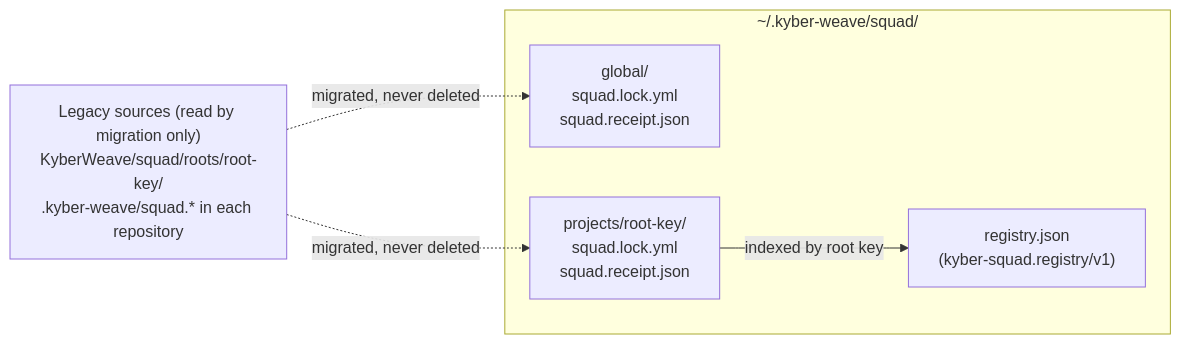
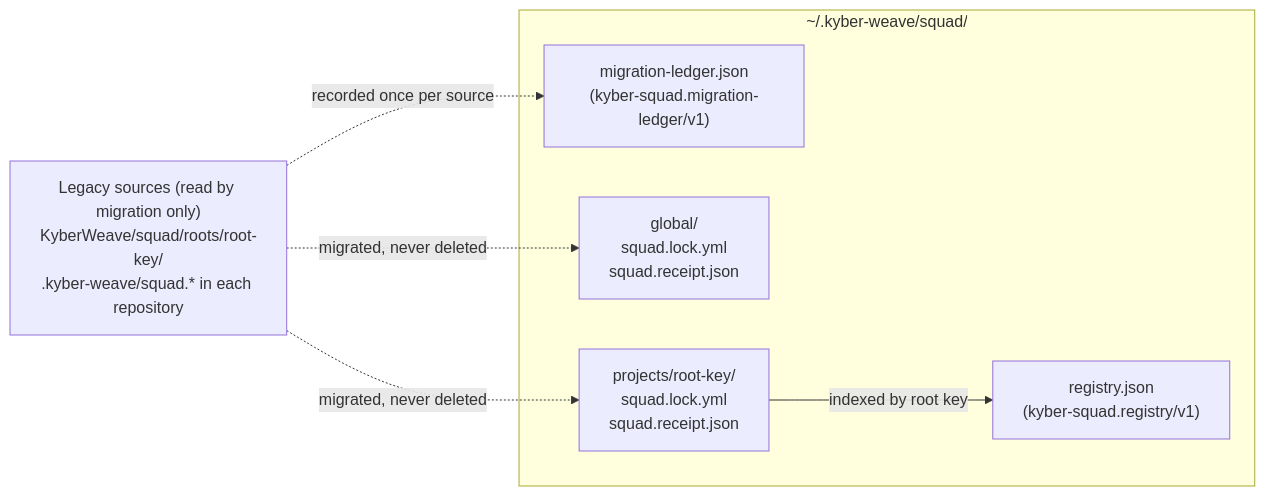
One commit to dpalfery/kyber-weave changed the fourth of 6 diagrams in docs/kyber-squad/architecture.md. Above: the diagram before and after it, drawn with Mermaid. The commit also changed other lines of this file and 9 other files, not shown here.

````diff
--- a/docs/kyber-squad/architecture.md
+++ b/docs/kyber-squad/architecture.md
@@ -287,12 +288,14 @@
 ```mermaid
 flowchart LR
     subgraph Home["~/.kyber-weave/squad/"]
         Registry["registry.json\n(kyber-squad.registry/v1)"]
+        Ledger["migration-ledger.json\n(kyber-squad.migration-ledger/v1)"]
         Global["global/\nsquad.lock.yml\nsquad.receipt.json"]
         Projects["projects/root-key/\nsquad.lock.yml\nsquad.receipt.json"]
     end
     Legacy["Legacy sources (read by migration only)\nKyberWeave/squad/roots/root-key/\n.kyber-weave/squad.* in each repository"]
     Legacy -.->|"migrated, never deleted"| Global
     Legacy -.->|"migrated, never deleted"| Projects
     Projects -->|"indexed by root key"| Registry
+    Legacy -.->|"recorded once per source"| Ledger
 ```
````
